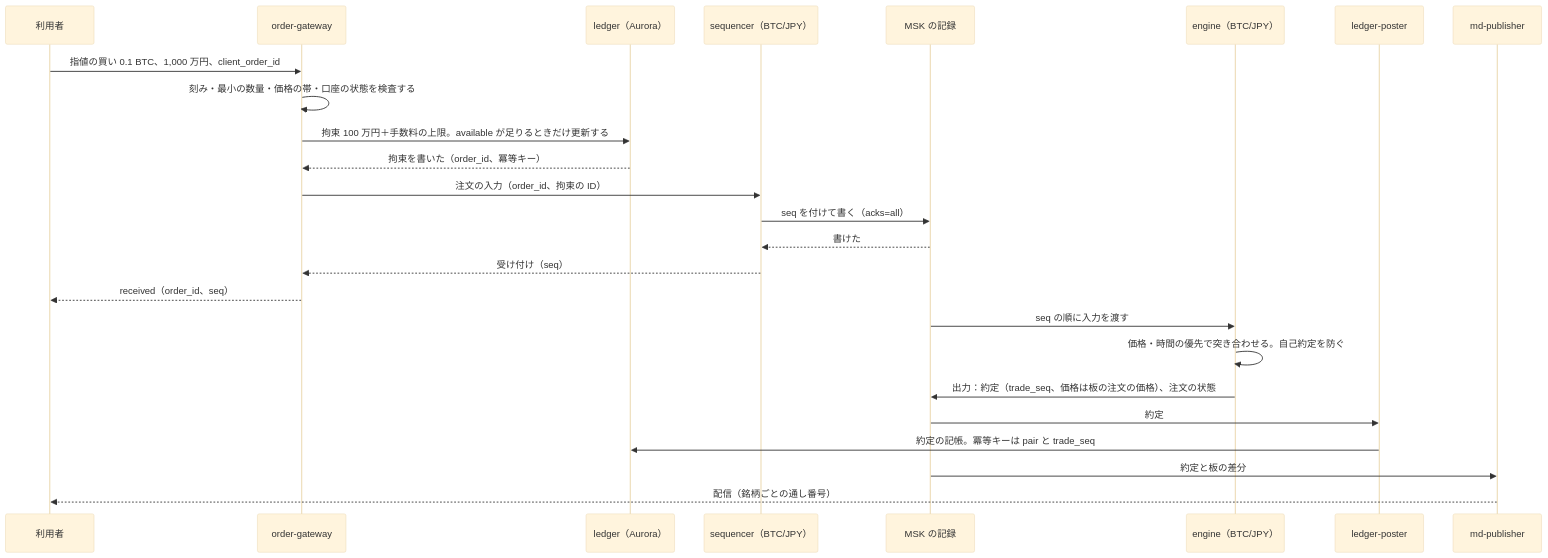
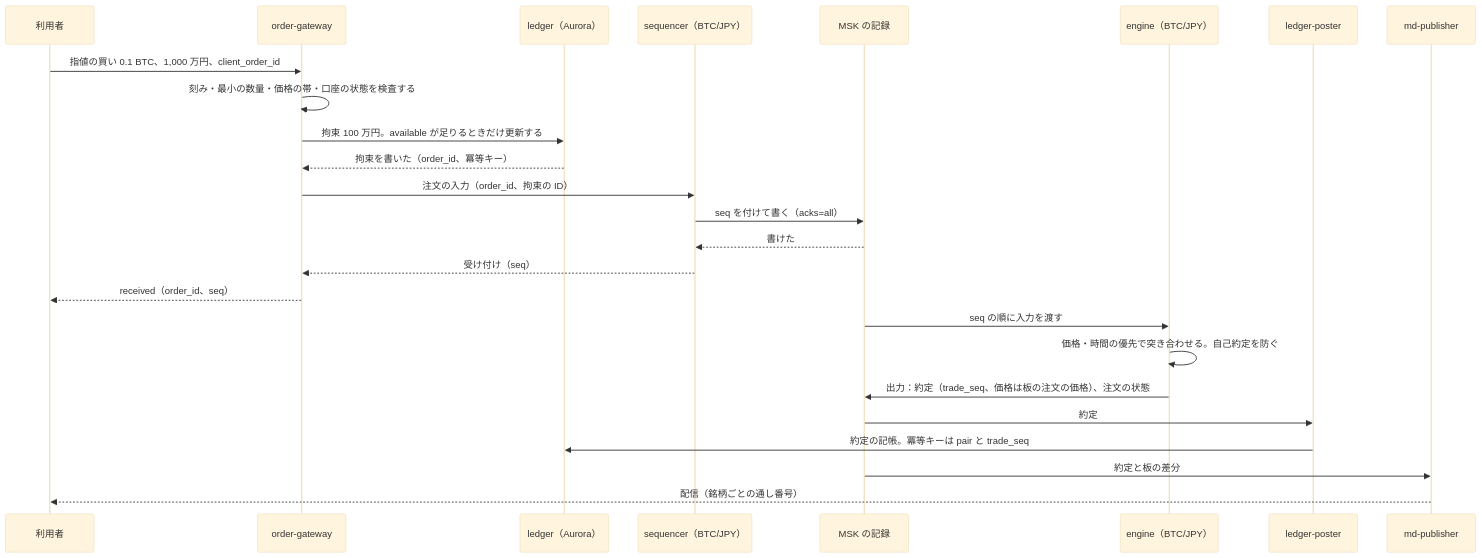
One commit to shoito/rebuilds changed the third of 5 diagrams in systems/coinbase/docs/architecture/README.md. Above: the diagram before and after it, drawn with Mermaid (base theme). The commit also changed other lines of this file and 79 other files, not shown here.

````diff
--- a/systems/coinbase/docs/architecture/README.md
+++ b/systems/coinbase/docs/architecture/README.md
@@ -125,28 +125,28 @@
 ```mermaid
 sequenceDiagram
     participant U as 利用者
     participant OG as order-gateway
     participant L as ledger（Aurora）
     participant S as sequencer（BTC/JPY）
     participant K as MSK の記録
     participant E as engine（BTC/JPY）
     participant P as ledger-poster
     participant M as md-publisher
 
     U->>OG: 指値の買い 0.1 BTC、1,000 万円、client_order_id
     OG->>OG: 刻み・最小の数量・価格の帯・口座の状態を検査する
-    OG->>L: 拘束 100 万円＋手数料の上限。available が足りるときだけ更新する
+    OG->>L: 拘束 100 万円。available が足りるときだけ更新する
     L-->>OG: 拘束を書いた（order_id、冪等キー）
     OG->>S: 注文の入力（order_id、拘束の ID）
     S->>K: seq を付けて書く（acks=all）
     K-->>S: 書けた
     S-->>OG: 受け付け（seq）
     OG-->>U: received（order_id、seq）
     K->>E: seq の順に入力を渡す
     E->>E: 価格・時間の優先で突き合わせる。自己約定を防ぐ
     E->>K: 出力：約定（trade_seq、価格は板の注文の価格）、注文の状態
     K->>P: 約定
     P->>L: 約定の記帳。冪等キーは pair と trade_seq
     K->>M: 約定と板の差分
     M-->>U: 配信（銘柄ごとの通し番号）
 ```
````
